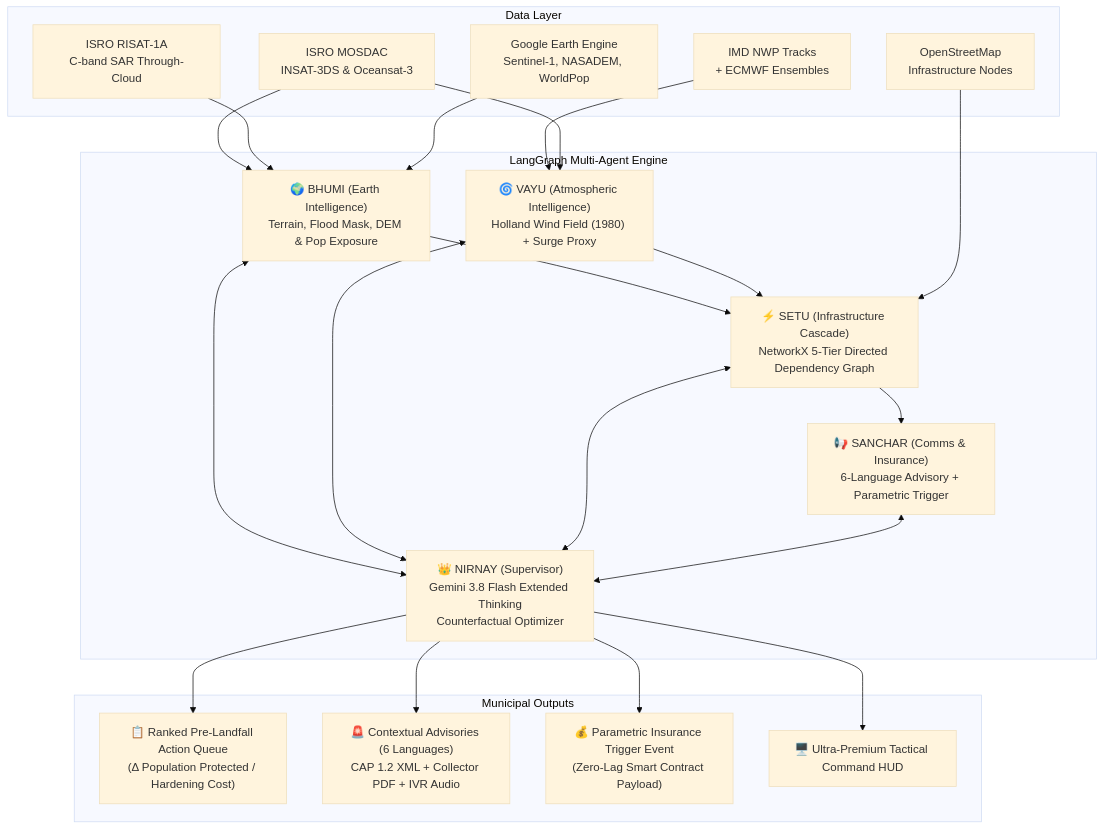
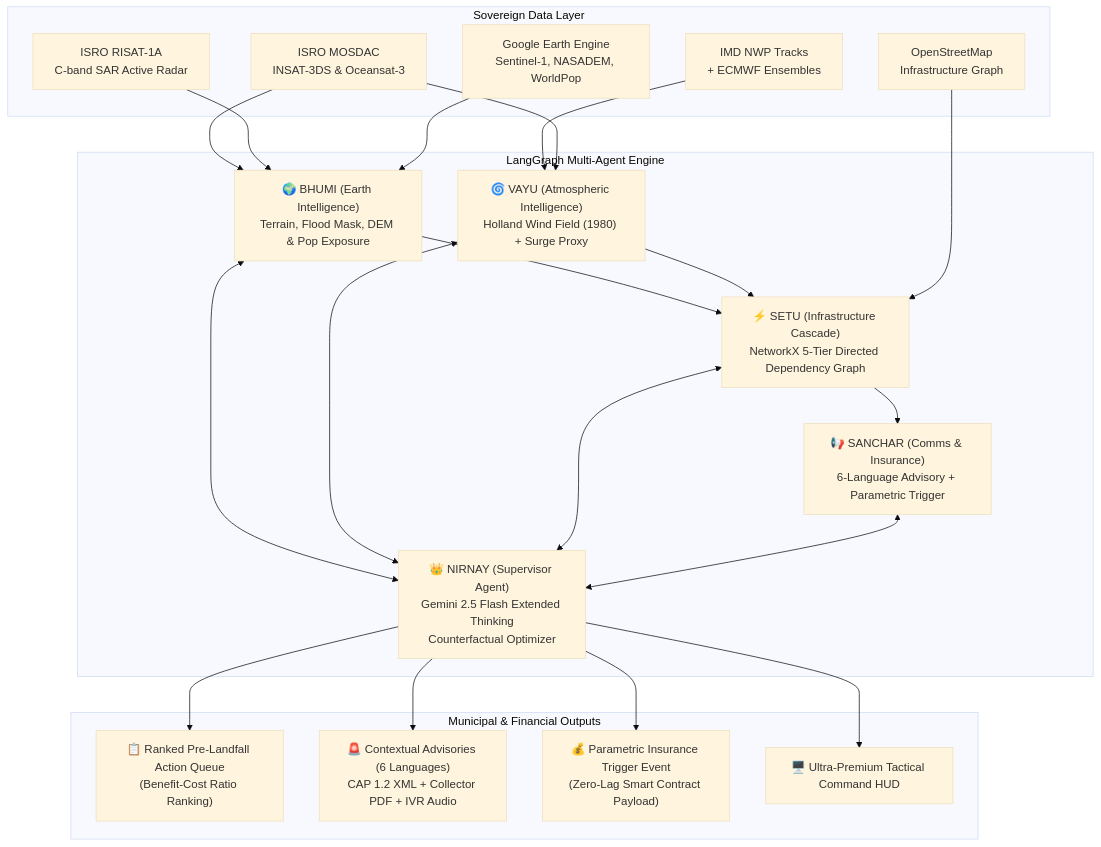
One commit to Niss54/VAYU-RAKSHA changed the diagram in README.md. Above: the diagram before and after it, drawn with Mermaid (base theme). The commit also changed other lines of this file and 1 other file, not shown here.

````diff
--- a/README.md
+++ b/README.md
@@ -35,32 +58,32 @@
 ```mermaid
 flowchart TD
-    subgraph Data Layer
+    subgraph Sovereign Data Layer
         ISRO[ISRO MOSDAC<br/>INSAT-3DS & Oceansat-3]
-        RISAT[ISRO RISAT-1A<br/>C-band SAR Through-Cloud]
+        RISAT[ISRO RISAT-1A<br/>C-band SAR Active Radar]
         GEE[Google Earth Engine<br/>Sentinel-1, NASADEM, WorldPop]
         IMD[IMD NWP Tracks<br/>+ ECMWF Ensembles]
-        OSM[OpenStreetMap<br/>Infrastructure Nodes]
+        OSM[OpenStreetMap<br/>Infrastructure Graph]
     end
 
     subgraph LangGraph Multi-Agent Engine
-        NIRNAY["👑 NIRNAY (Supervisor)<br/>Gemini 3.8 Flash Extended Thinking<br/>Counterfactual Optimizer"]
+        NIRNAY["👑 NIRNAY (Supervisor Agent)<br/>Gemini 2.5 Flash Extended Thinking<br/>Counterfactual Optimizer"]
         BHUMI["🌍 BHUMI (Earth Intelligence)<br/>Terrain, Flood Mask, DEM & Pop Exposure"]
         VAYU["🌀 VAYU (Atmospheric Intelligence)<br/>Holland Wind Field (1980) + Surge Proxy"]
         SETU["⚡ SETU (Infrastructure Cascade)<br/>NetworkX 5-Tier Directed Dependency Graph"]
         SANCHAR["📢 SANCHAR (Comms & Insurance)<br/>6-Language Advisory + Parametric Trigger"]
     end
 
-    subgraph Municipal Outputs
-        Queue["📋 Ranked Pre-Landfall Action Queue<br/>(Δ Population Protected / Hardening Cost)"]
+    subgraph Municipal & Financial Outputs
+        Queue["📋 Ranked Pre-Landfall Action Queue<br/>(Benefit-Cost Ratio Ranking)"]
         Advisory["🚨 Contextual Advisories (6 Languages)<br/>CAP 1.2 XML + Collector PDF + IVR Audio"]
         Insurance["💰 Parametric Insurance Trigger Event<br/>(Zero-Lag Smart Contract Payload)"]
         Dashboard["🖥️ Ultra-Premium Tactical Command HUD"]
     end
 
     ISRO & RISAT & GEE --> BHUMI
     IMD & ISRO --> VAYU
     BHUMI & VAYU & OSM --> SETU
     SETU --> SANCHAR
     BHUMI & VAYU & SETU & SANCHAR <--> NIRNAY
     NIRNAY --> Queue & Advisory & Insurance & Dashboard
 ```
````
